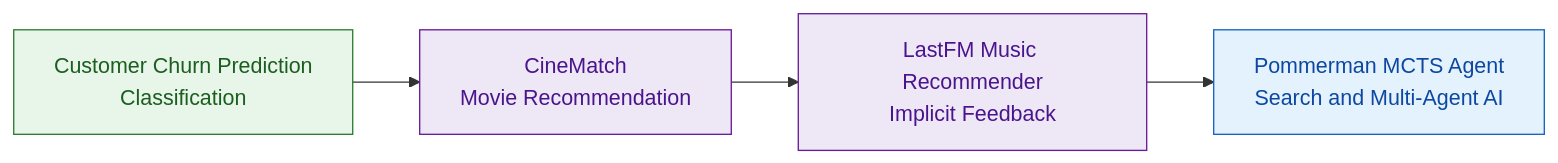
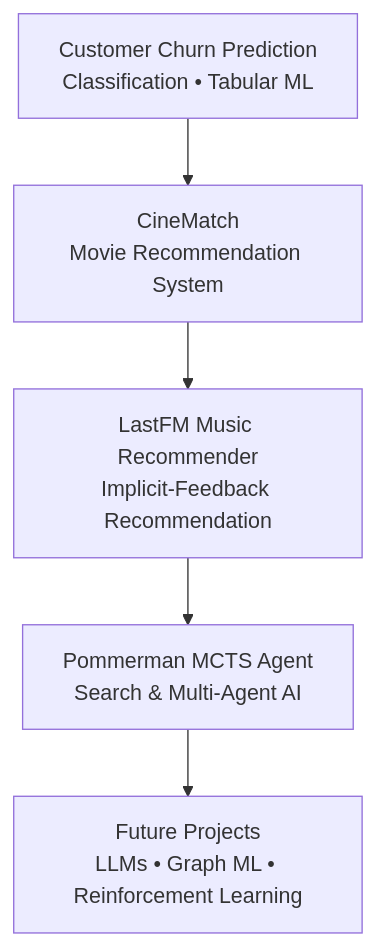
The diagram in README.md (saba-zia/saba-zia), drawn with Mermaid before and after one commit. The commit also changed other lines of this file, not shown here.

````diff
--- a/README.md
+++ b/README.md
@@ -3,20 +13,18 @@
 ```mermaid
-flowchart LR
+flowchart TD
 
-    A[Customer Churn Prediction<br/>Classification]
-    B[CineMatch<br/>Movie Recommendation]
-    C[LastFM Music Recommender<br/>Implicit Feedback]
-    D[Pommerman MCTS Agent<br/>Search and Multi-Agent AI]
+A[Customer Churn Prediction<br/>Classification • Tabular ML]
 
-    A --> B
-    B --> C
-    C --> D
+B[CineMatch<br/>Movie Recommendation System]
 
-    classDef classification fill:#e8f5e9,stroke:#2e7d32,color:#1b5e20;
-    classDef recommender fill:#ede7f6,stroke:#6a1b9a,color:#4a148c;
-    classDef search fill:#e3f2fd,stroke:#1565c0,color:#0d47a1;
+C[LastFM Music Recommender<br/>Implicit-Feedback Recommendation]
 
-    class A classification;
-    class B,C recommender;
-    class D search;
+D[Pommerman MCTS Agent<br/>Search & Multi-Agent AI]
+
+E[Future Projects<br/>LLMs • Graph ML • Reinforcement Learning]
+
+A --> B
+B --> C
+C --> D
+D --> E
 ```
````
